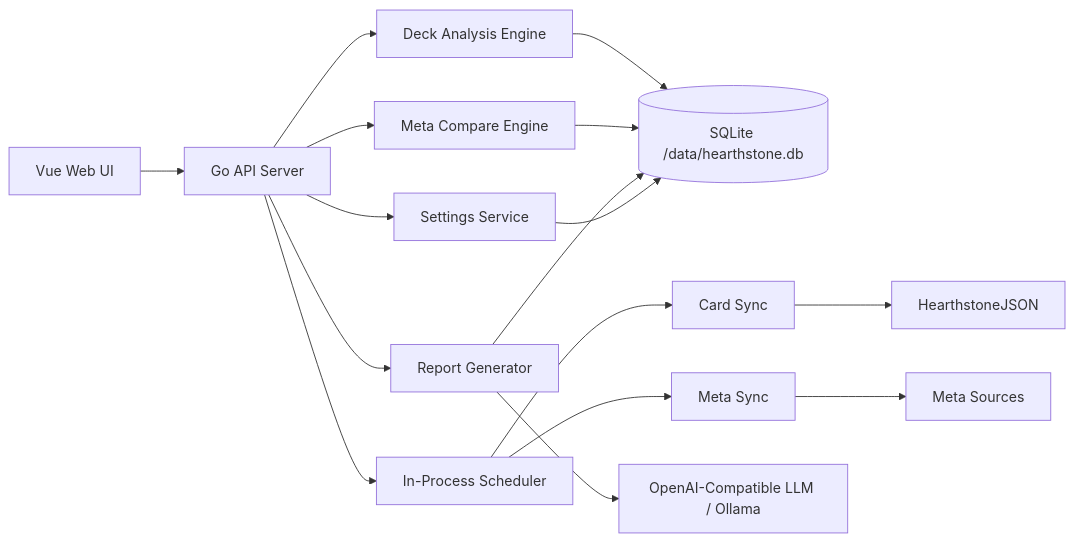
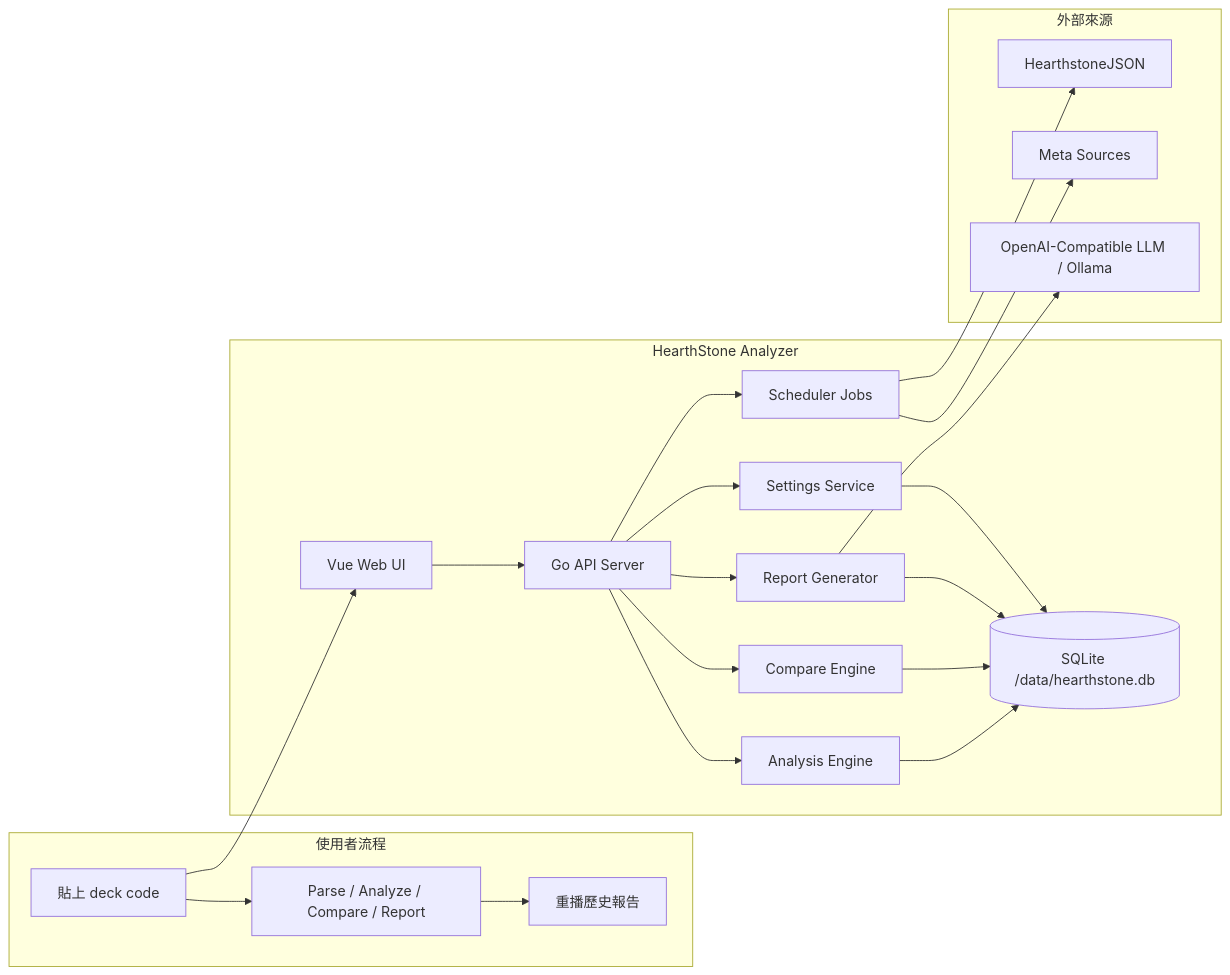
One commit to GMfatcat/HearthStone-Analyzer changed the diagram in README.zh-TW.md. Above: the diagram before and after it, drawn with Mermaid. The commit also changed other lines of this file and 1 other file, not shown here.

Commit message:
Polish README presentation

````diff
--- a/README.zh-TW.md
+++ b/README.zh-TW.md
@@ -51,18 +50,42 @@
 ```mermaid
 flowchart LR
-    UI["Vue Web UI"] --> API["Go API Server"]
-    API --> ANALYSIS["Deck Analysis Engine"]
-    API --> COMPARE["Meta Compare Engine"]
-    API --> REPORT["Report Generator"]
-    API --> JOBS["In-Process Scheduler"]
-    API --> SETTINGS["Settings Service"]
-    ANALYSIS --> DB[("SQLite /data/hearthstone.db")]
-    COMPARE --> DB
-    REPORT --> DB
-    SETTINGS --> DB
-    JOBS --> CARDS["Card Sync"]
-    JOBS --> META["Meta Sync"]
-    CARDS --> EXT1["HearthstoneJSON"]
-    META --> EXT2["Meta Sources"]
-    REPORT --> LLM["OpenAI-Compatible LLM / Ollama"]
+    subgraph User["使用者流程"]
+        INPUT["貼上 deck code"]
+        ACTIONS["Parse / Analyze / Compare / Report"]
+        HISTORY["重播歷史報告"]
+        INPUT --> ACTIONS --> HISTORY
+    end
+
+    subgraph App["HearthStone Analyzer"]
+        UI["Vue Web UI"]
+        API["Go API Server"]
+        ANALYSIS["Analysis Engine"]
+        COMPARE["Compare Engine"]
+        REPORT["Report Generator"]
+        JOBS["Scheduler Jobs"]
+        SETTINGS["Settings Service"]
+        DB[("SQLite /data/hearthstone.db")]
+
+        UI --> API
+        API --> ANALYSIS
+        API --> COMPARE
+        API --> REPORT
+        API --> JOBS
+        API --> SETTINGS
+        ANALYSIS --> DB
+        COMPARE --> DB
+        REPORT --> DB
+        SETTINGS --> DB
+    end
+
+    subgraph External["外部來源"]
+        HSJSON["HearthstoneJSON"]
+        META["Meta Sources"]
+        LLM["OpenAI-Compatible LLM / Ollama"]
+    end
+
+    INPUT --> UI
+    JOBS --> HSJSON
+    JOBS --> META
+    REPORT --> LLM
 ```
````
